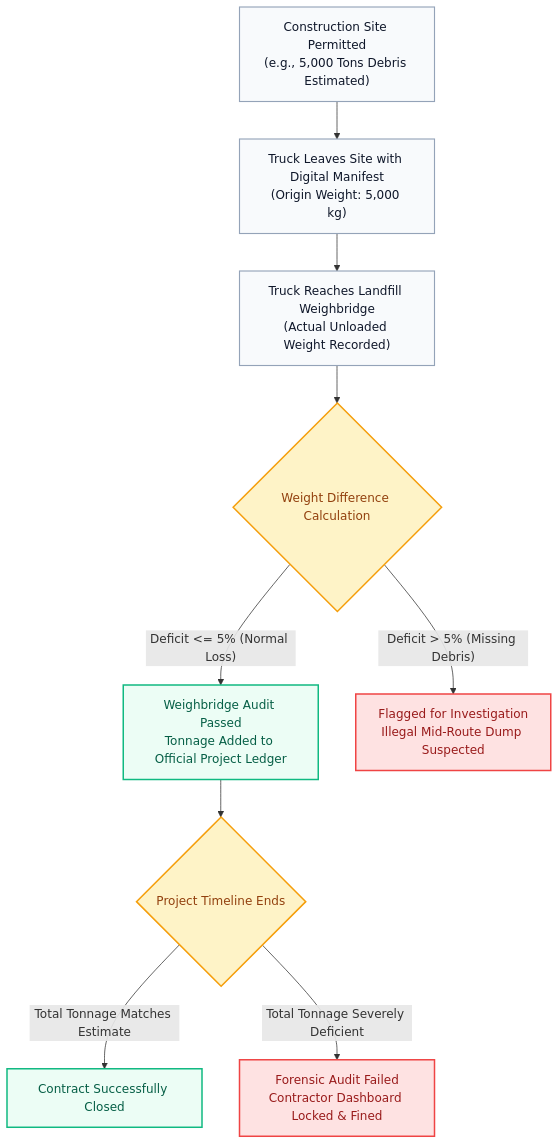
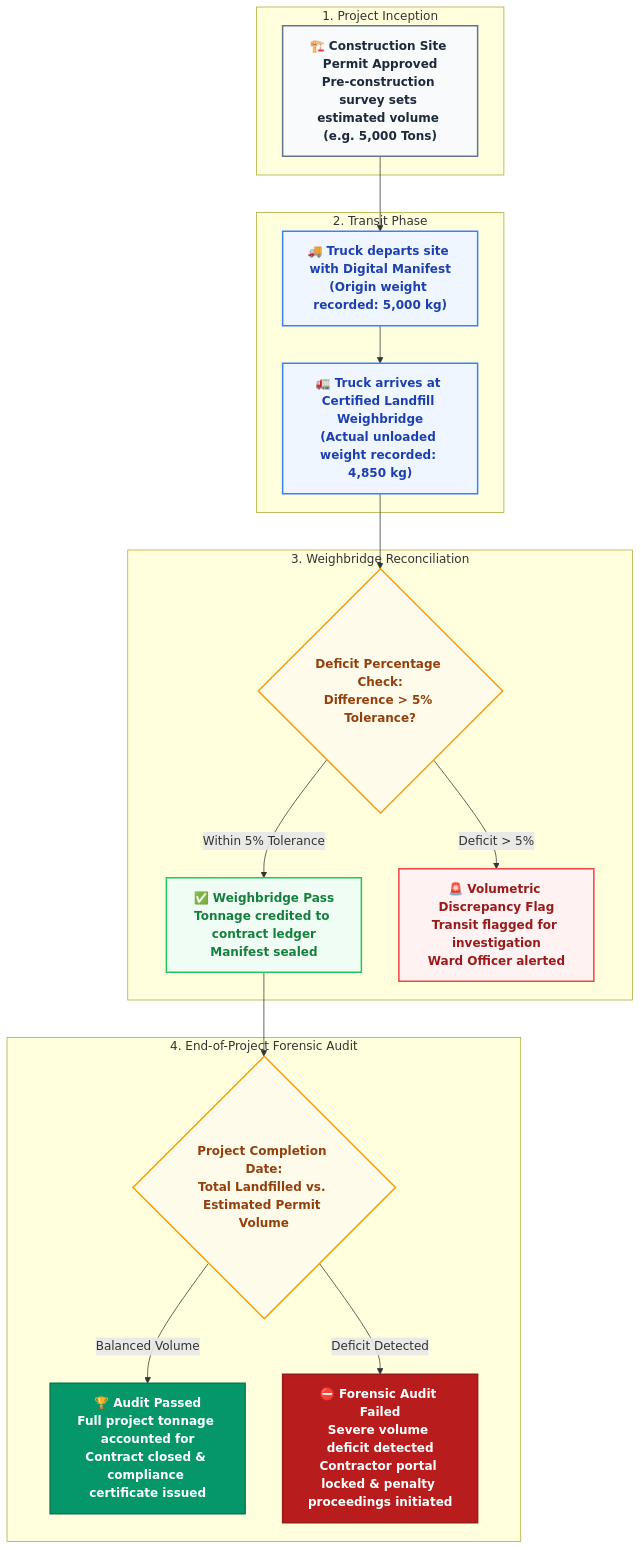
The fifth of 5 diagrams in README.md (Parth-Chavan-15/SpotFix), drawn with Mermaid before and after one commit. The commit also changed other lines of this file, not shown here.

Commit message:
style: center hero branding, vertically align preview screenshots with individual captions, polish markdown tables, and enhance workflow diagrams

````diff
--- a/README.md
+++ b/README.md
@@ -277,19 +308,38 @@
 ```mermaid
 flowchart TD
-    classDef step fill:#F8FAFC,stroke:#94A3B8,stroke-width:1.5px,color:#0F172A;
-    classDef branch fill:#FEF3C7,stroke:#F59E0B,stroke-width:2px,color:#92400E;
-    classDef ok fill:#ECFDF5,stroke:#10B981,stroke-width:2px,color:#065F46;
-    classDef alert fill:#FEE2E2,stroke:#EF4444,stroke-width:2px,color:#991B1B;
+    subgraph PERMIT["1. Project Inception"]
+        P1["🏗️ Construction Site Permit Approved\nPre-construction survey sets estimated volume (e.g. 5,000 Tons)"]:::slateNode
+    end
 
-    CONTRACT["Construction Site Permitted\n(e.g., 5,000 Tons Debris Estimated)"]:::step --> DISPATCH["Truck Leaves Site with Digital Manifest\n(Origin Weight: 5,000 kg)"]:::step
-    
-    DISPATCH --> WEIGHBRIDGE["Truck Reaches Landfill Weighbridge\n(Actual Unloaded Weight Recorded)"]:::step
-    
-    WEIGHBRIDGE --> COMPARE{"Weight Difference Calculation"}:::branch
-    COMPARE -->|"Deficit <= 5% (Normal Loss)"| ACCEPT["Weighbridge Audit Passed\nTonnage Added to Official Project Ledger"]:::ok
-    COMPARE -->|"Deficit > 5% (Missing Debris)"| FLAG["Flagged for Investigation\nIllegal Mid-Route Dump Suspected"]:::alert
-    
-    ACCEPT --> PROJECT_END{"Project Timeline Ends"}:::branch
-    PROJECT_END -->|"Total Tonnage Matches Estimate"| COMPLETED["Contract Successfully Closed"]:::ok
-    PROJECT_END -->|"Total Tonnage Severely Deficient"| AUDIT_FAIL["Forensic Audit Failed\nContractor Dashboard Locked & Fined"]:::alert
+    subgraph TRANSIT["2. Transit Phase"]
+        T1["🚚 Truck departs site with Digital Manifest\n(Origin weight recorded: 5,000 kg)"]:::blueNode
+        T2["🚛 Truck arrives at Certified Landfill Weighbridge\n(Actual unloaded weight recorded: 4,850 kg)"]:::blueNode
+    end
+
+    subgraph AUDIT["3. Weighbridge Reconciliation"]
+        W1{"Deficit Percentage Check:\nDifference > 5% Tolerance?"}:::amberNode
+        W_PASS["✅ Weighbridge Pass\nTonnage credited to contract ledger\nManifest sealed"]:::greenNode
+        W_FAIL["🚨 Volumetric Discrepancy Flag\nTransit flagged for investigation\nWard Officer alerted"]:::redNode
+    end
+
+    subgraph PROJECT_CLOSE["4. End-of-Project Forensic Audit"]
+        E1{"Project Completion Date:\nTotal Landfilled vs. Estimated Permit Volume"}:::amberNode
+        E_OK["🏆 Audit Passed\nFull project tonnage accounted for\nContract closed & compliance certificate issued"]:::emeraldNode
+        E_FAIL["⛔ Forensic Audit Failed\nSevere volume deficit detected\nContractor portal locked & penalty proceedings initiated"]:::crimsonNode
+    end
+
+    P1 --> T1 --> T2 --> W1
+    W1 -->|"Within 5% Tolerance"| W_PASS
+    W1 -->|"Deficit > 5%"| W_FAIL
+    W_PASS --> E1
+    E1 -->|"Balanced Volume"| E_OK
+    E1 -->|"Deficit Detected"| E_FAIL
+
+    classDef slateNode fill:#f8fafc,stroke:#64748b,stroke-width:2px,color:#1e293b,font-weight:bold;
+    classDef blueNode fill:#eff6ff,stroke:#3b82f6,stroke-width:2px,color:#1e40af,font-weight:bold;
+    classDef amberNode fill:#fffbeb,stroke:#f59e0b,stroke-width:2px,color:#92400e,font-weight:bold;
+    classDef greenNode fill:#f0fdf4,stroke:#22c55e,stroke-width:2px,color:#15803d,font-weight:bold;
+    classDef redNode fill:#fef2f2,stroke:#ef4444,stroke-width:2px,color:#991b1b,font-weight:bold;
+    classDef emeraldNode fill:#059669,stroke:#047857,stroke-width:2px,color:#ffffff,font-weight:bold;
+    classDef crimsonNode fill:#b91c1c,stroke:#991b1b,stroke-width:2px,color:#ffffff,font-weight:bold;
 ```
````
